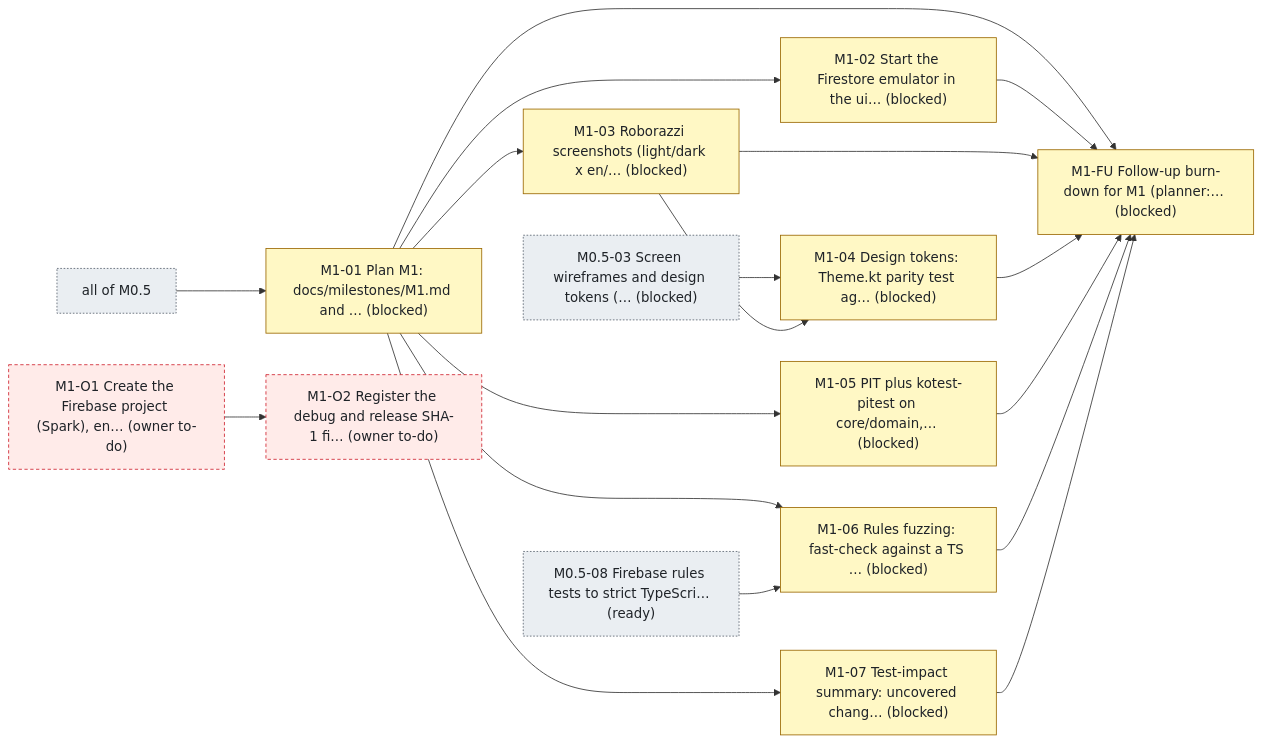
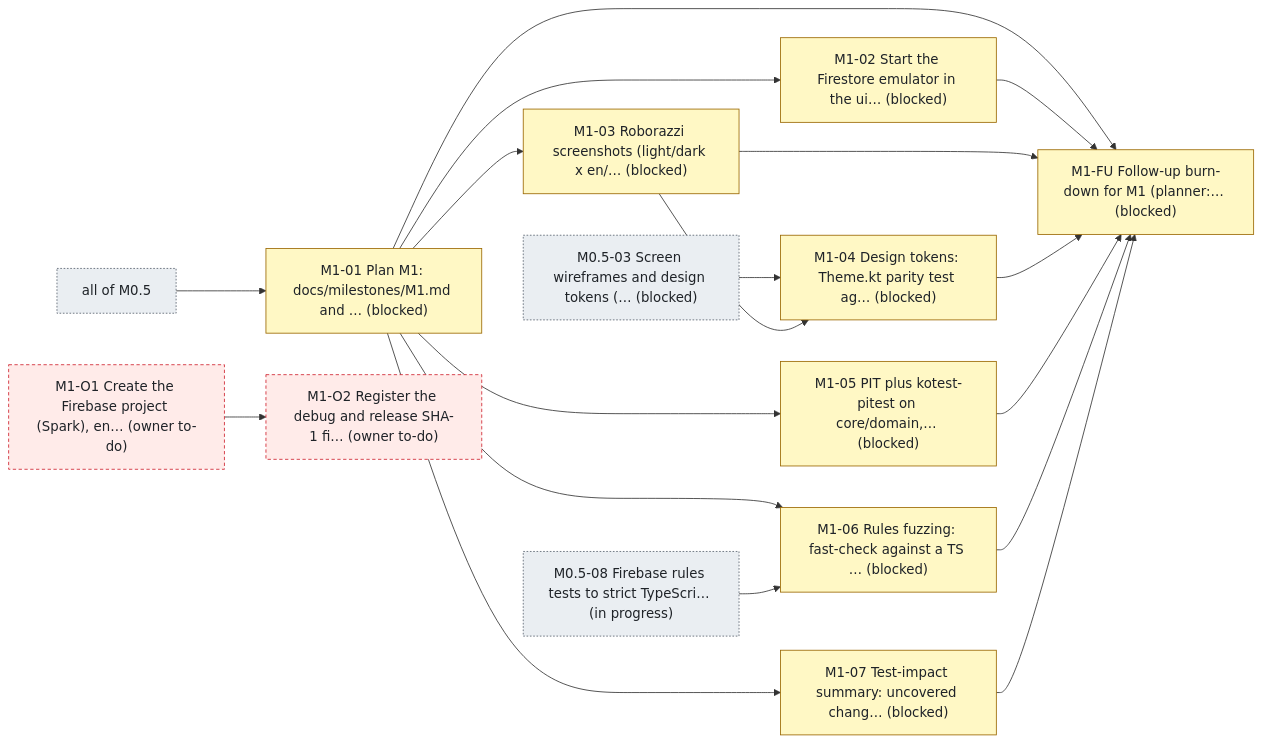
One commit to bondo/listicles2 changed the second of 2 diagrams in status.md. Above: the diagram before and after it, drawn with Mermaid. The commit also changed other lines of this file and 2 other files, not shown here.

````diff
--- a/status.md
+++ b/status.md
@@ -163,38 +163,38 @@
 ```mermaid
 flowchart LR
     n0["M1-01 Plan M1: docs/milestones/M1.md and … (blocked)"]:::blocked
     n1["M1-02 Start the Firestore emulator in the ui… (blocked)"]:::blocked
     n2["M1-03 Roborazzi screenshots (light/dark x en/… (blocked)"]:::blocked
     n3["M1-04 Design tokens: Theme.kt parity test ag… (blocked)"]:::blocked
     n4["M1-05 PIT plus kotest-pitest on core/domain,… (blocked)"]:::blocked
     n5["M1-06 Rules fuzzing: fast-check against a TS … (blocked)"]:::blocked
     n6["M1-07 Test-impact summary: uncovered chang… (blocked)"]:::blocked
     n7["M1-FU Follow-up burn-down for M1 (planner:… (blocked)"]:::blocked
     n8["M1-O1 Create the Firebase project (Spark), en… (owner to-do)"]:::owner
     n9["M1-O2 Register the debug and release SHA-1 fi… (owner to-do)"]:::owner
     n10["all of M0.5"]:::ext
     n11["M0.5-03 Screen wireframes and design tokens (… (blocked)"]:::ext
-    n12["M0.5-08 Firebase rules tests to strict TypeScri… (ready)"]:::ext
+    n12["M0.5-08 Firebase rules tests to strict TypeScri… (in progress)"]:::ext
     n10 --> n0
     n0 --> n1
     n0 --> n2
     n11 --> n3
     n2 --> n3
     n0 --> n4
     n0 --> n5
     n12 --> n5
     n0 --> n6
     n0 --> n7
     n1 --> n7
     n2 --> n7
     n3 --> n7
     n4 --> n7
     n5 --> n7
     n6 --> n7
     n8 --> n9
     classDef ready fill:#dafbe1,stroke:#1a7f37,color:#1f2328
     classDef progress fill:#ddf4ff,stroke:#0969da,color:#1f2328
     classDef blocked fill:#fff8c5,stroke:#9a6700,color:#1f2328
     classDef owner fill:#ffebe9,stroke:#cf222e,color:#1f2328,stroke-dasharray:4 3
     classDef ext fill:#eaeef2,stroke:#59636e,color:#1f2328,stroke-dasharray:2 2
 ```
````
